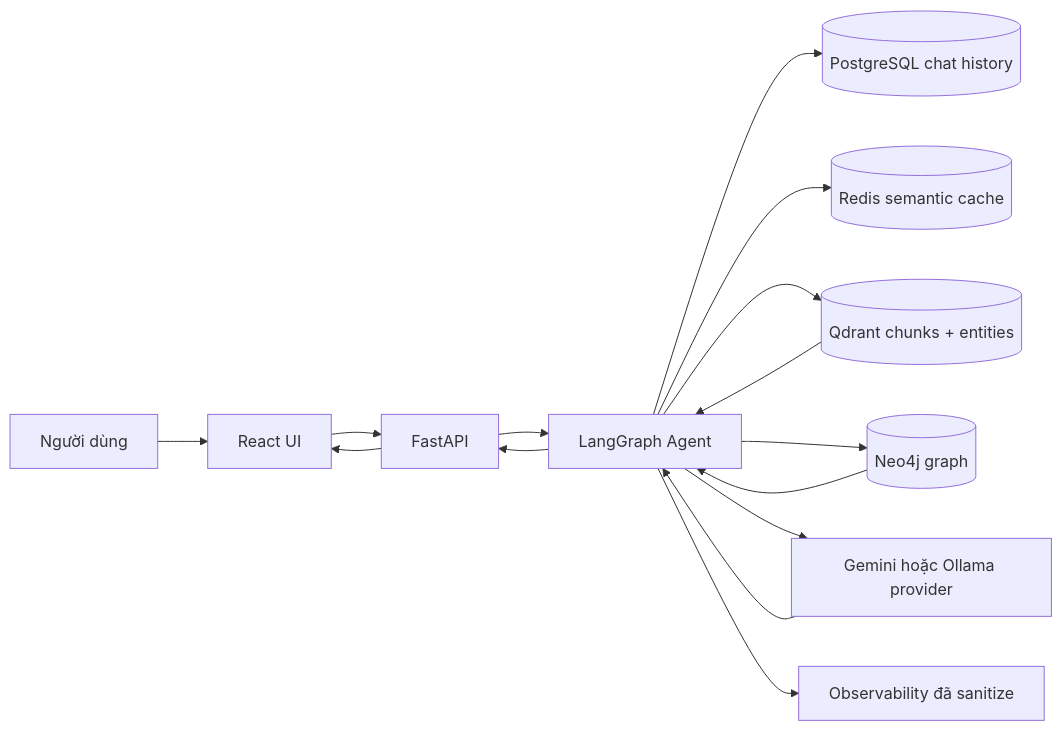
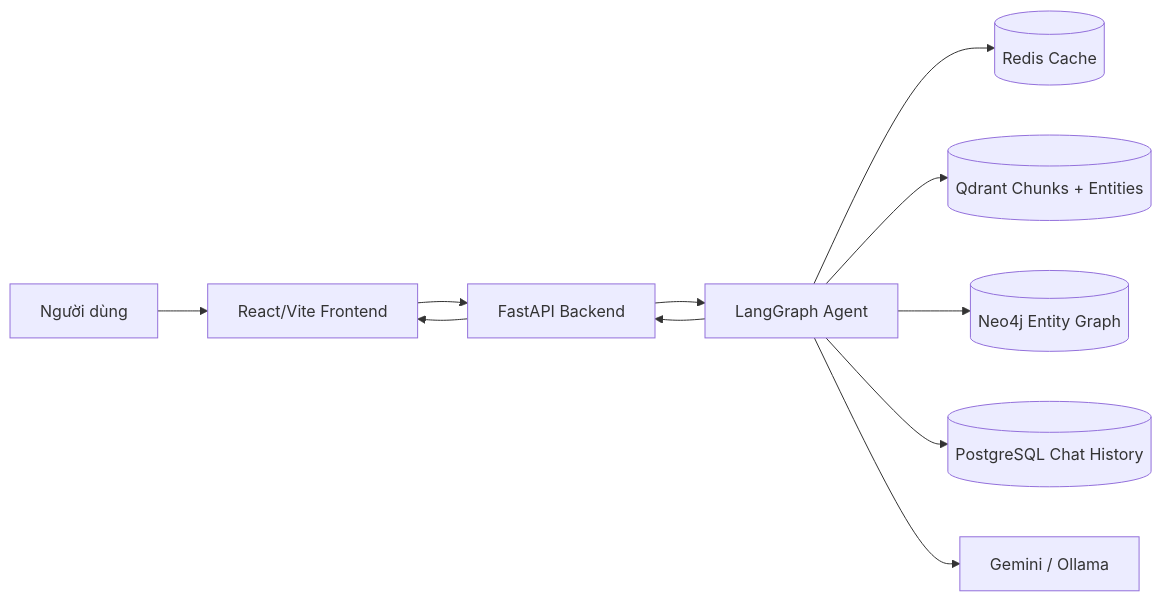
One commit to MinhHoang1403/RAG-system-for-acne-diagnose changed the first of 2 diagrams in README.md. Above: the diagram before and after it, drawn with Mermaid. The commit also changed other lines of this file and 1 other file, not shown here.

````diff
--- a/README.md
+++ b/README.md
@@ -98,19 +92,13 @@
 ```mermaid
 flowchart LR
-    U[Người dùng] --> UI[React UI]
-    UI --> API[FastAPI]
-    API --> G[LangGraph Agent]
-
-    G --> PG[(PostgreSQL chat history)]
-    G --> R[(Redis semantic cache)]
-    G --> Q[(Qdrant chunks + entities)]
-    G --> N[(Neo4j graph)]
-    G --> LLM[Gemini hoặc Ollama provider]
-    G --> OBS[Observability đã sanitize]
-
-    Q --> G
-    N --> G
-    LLM --> G
-    G --> API
+    User[Người dùng] --> UI[React/Vite Frontend]
+    UI --> API[FastAPI Backend]
+    API --> Agent[LangGraph Agent]
+    Agent --> Cache[(Redis Cache)]
+    Agent --> Qdrant[(Qdrant Chunks + Entities)]
+    Agent --> Neo4j[(Neo4j Entity Graph)]
+    Agent --> PG[(PostgreSQL Chat History)]
+    Agent --> LLM[Gemini / Ollama]
+    Agent --> API
     API --> UI
 ```
````
